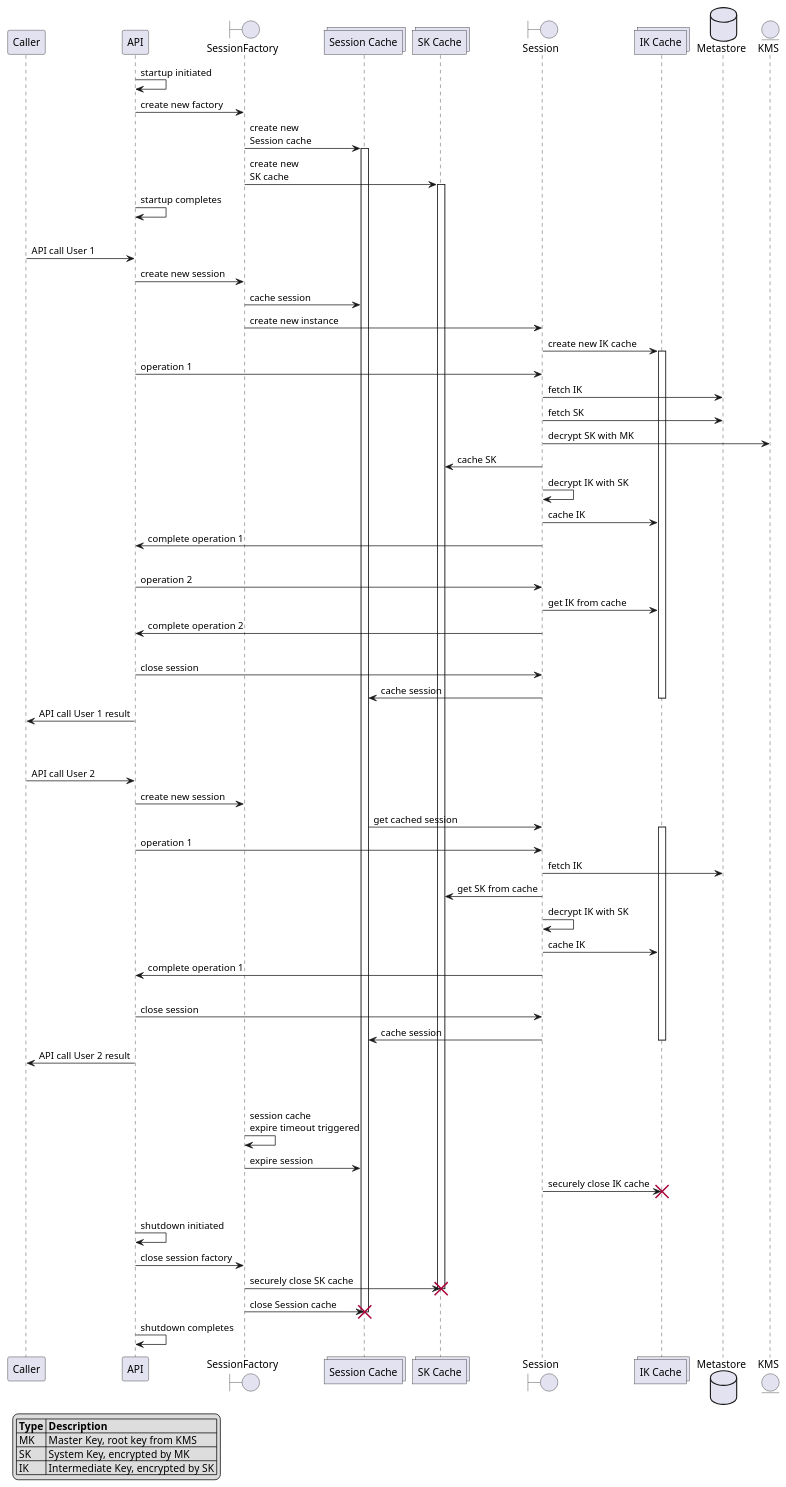
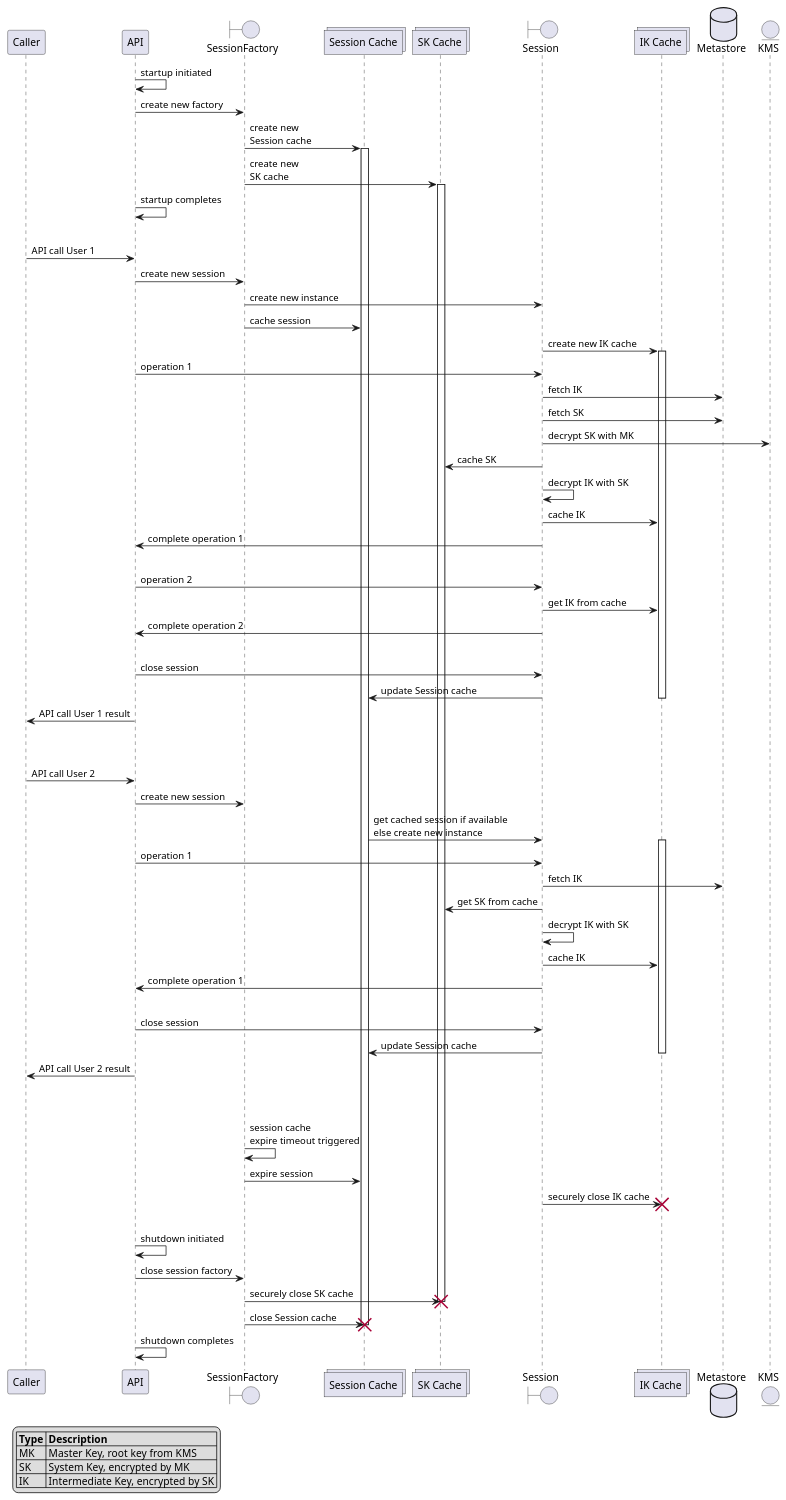
The diagram in docs/assets/cache_lifecycles.puml (godaddy/asherah), drawn with PlantUML before and after one commit. The commit also changed 1 other file, not shown here.

Commit message:
update cache lifecyle diagram

```diff
--- a/docs/assets/cache_lifecycles.puml
+++ b/docs/assets/cache_lifecycles.puml
@@ -1,85 +1,85 @@
 @startuml
 
 skinparam shadowing false
 
 legend left
 |= Type |= Description |
 | MK | Master Key, root key from KMS |
 | SK | System Key, encrypted by MK |
 | IK | Intermediate Key, encrypted by SK |
 endlegend
 
 participant Caller
 participant API
 boundary SessionFactory
 collections "Session Cache"
 collections "SK Cache"
 boundary Session
 collections "IK Cache"
 database Metastore
 entity KMS
 
 API -> API : startup initiated
 API -> SessionFactory : create new factory
 SessionFactory -> "Session Cache" : create new \nSession cache
 activate "Session Cache"
 SessionFactory -> "SK Cache" : create new \nSK cache
 activate "SK Cache"
 API -> API : startup completes
 |||
 Caller -> API : API call User 1
 API -> SessionFactory : create new session
+SessionFactory -> Session : create new instance
 SessionFactory -> "Session Cache" : cache session
-SessionFactory -> Session : create new instance
 Session -> "IK Cache" : create new IK cache
 activate "IK Cache"
 API -> Session : operation 1
 Session -> Metastore : fetch IK
 Session -> Metastore : fetch SK
 Session -> KMS : decrypt SK with MK
 Session -> "SK Cache" : cache SK
 Session -> Session : decrypt IK with SK
 Session -> "IK Cache" : cache IK
 Session -> API : complete operation 1
 |||
 API -> Session : operation 2
 Session -> "IK Cache" : get IK from cache
 Session -> API : complete operation 2
 |||
 API -> Session : close session
-Session -> "Session Cache" : cache session
+Session -> "Session Cache" : update Session cache
 deactivate "IK Cache"
 API -> Caller : API call User 1 result
 |||
 |||
 Caller -> API : API call User 2
 API -> SessionFactory : create new session
-"Session Cache" -> Session : get cached session
+"Session Cache" -> Session : get cached session if available\nelse create new instance
 activate "IK Cache"
 API -> Session : operation 1
 Session -> Metastore : fetch IK
 Session -> "SK Cache" : get SK from cache
 Session -> Session : decrypt IK with SK
 Session -> "IK Cache" : cache IK
 Session -> API : complete operation 1
 |||
 API -> Session : close session
-Session -> "Session Cache" : cache session
+Session -> "Session Cache" : update Session cache
 deactivate "IK Cache"
 API -> Caller : API call User 2 result
 |||
 |||
 SessionFactory -> SessionFactory : session cache \nexpire timeout triggered
 SessionFactory -> "Session Cache" : expire session
 Session -> "IK Cache" : securely close IK cache
 destroy "IK Cache"
 |||
 API -> API : shutdown initiated
 API -> SessionFactory : close session factory
 SessionFactory -> "SK Cache" : securely close SK cache
 destroy "SK Cache"
 SessionFactory -> "Session Cache" : close Session cache
 destroy "Session Cache"
 API -> API : shutdown completes
 
 @enduml
```
